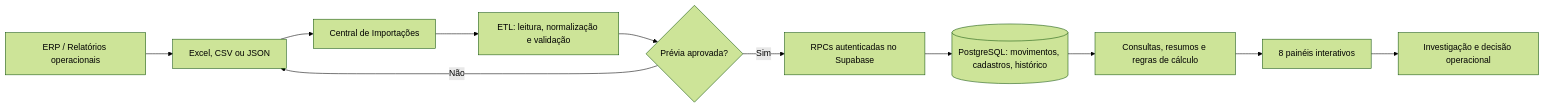
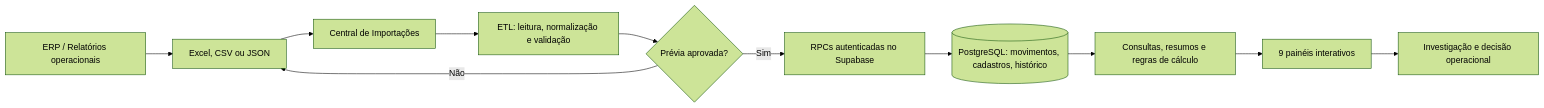
Before and after one commit to terpsandlups/Z-AI-Dashboard: the diagram in README.md, drawn with Mermaid (forest theme).

Commit message:
docs: atualiza total de módulos após inclusão do Produto 360

````diff
--- a/README.md
+++ b/README.md
@@ -25,13 +25,13 @@
 ```mermaid
 flowchart LR
     A["ERP / Relatórios operacionais"] --> B["Excel, CSV ou JSON"]
     B --> C["Central de Importações"]
     C --> D["ETL: leitura, normalização e validação"]
     D --> E{"Prévia aprovada?"}
     E -- "Não" --> B
     E -- "Sim" --> F["RPCs autenticadas no Supabase"]
     F --> G[("PostgreSQL: movimentos, cadastros, histórico")]
     G --> H["Consultas, resumos e regras de cálculo"]
-    H --> I["8 painéis interativos"]
+    H --> I["9 painéis interativos"]
     I --> J["Investigação e decisão operacional"]
 ```
````
